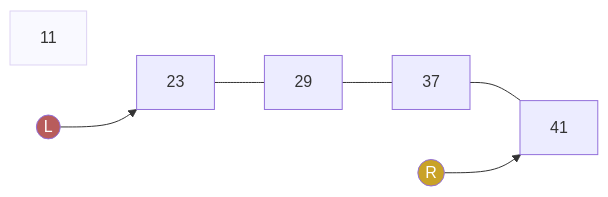
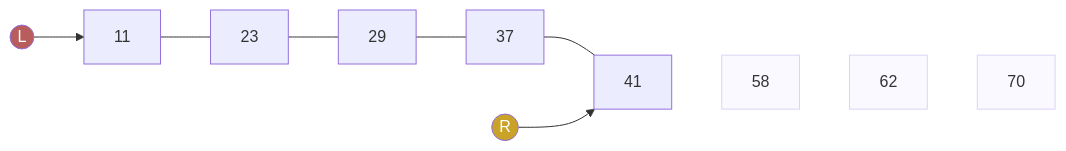
Before and after one commit to maitieubao/VisualizationDSA: the fourth of 4 diagrams in frontend/src/features/docs/content/searching/two-pointers.md, drawn with Mermaid. The commit also changed other lines of this file and 570 other files, not shown here.

````diff
--- a/frontend/src/features/docs/content/searching/two-pointers.md
+++ b/frontend/src/features/docs/content/searching/two-pointers.md
@@ -103,11 +103,13 @@
 ```mermaid
 flowchart LR
-    0[11] ~~~ 1[23]
-    1 --- 2[29] --- 3[37] --- 4[41]
-    L((L)) --> 1
+    L((L)) --> 0[11]
+    0 --- 1[23] --- 2[29] --- 3[37] --- 4[41]
     R((R)) --> 4
+    4 ~~~ 5[58] ~~~ 6[62] ~~~ 7[70]
     
     style L fill:#b85c5c,color:#fff
     style R fill:#c9a227,color:#fff
-    style 0 opacity:0.3
+    style 5 opacity:0.3
+    style 6 opacity:0.3
+    style 7 opacity:0.3
 ```
````
